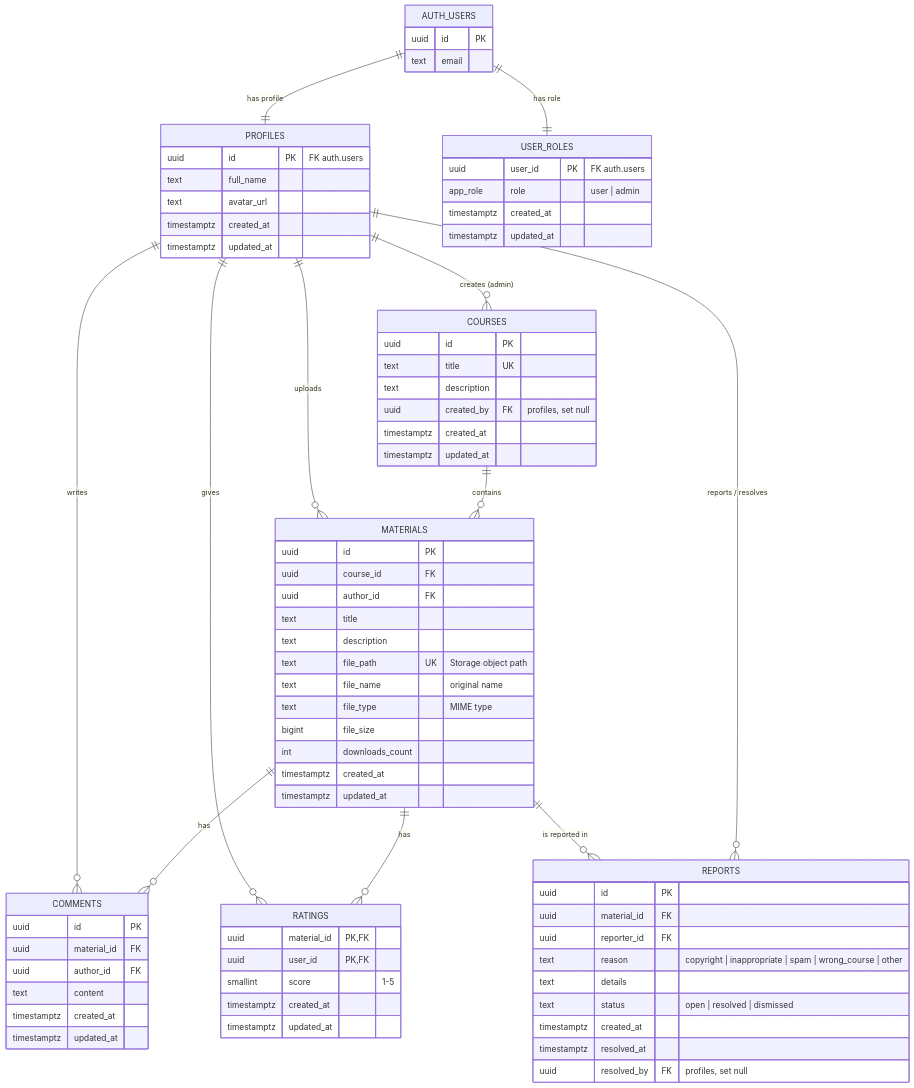
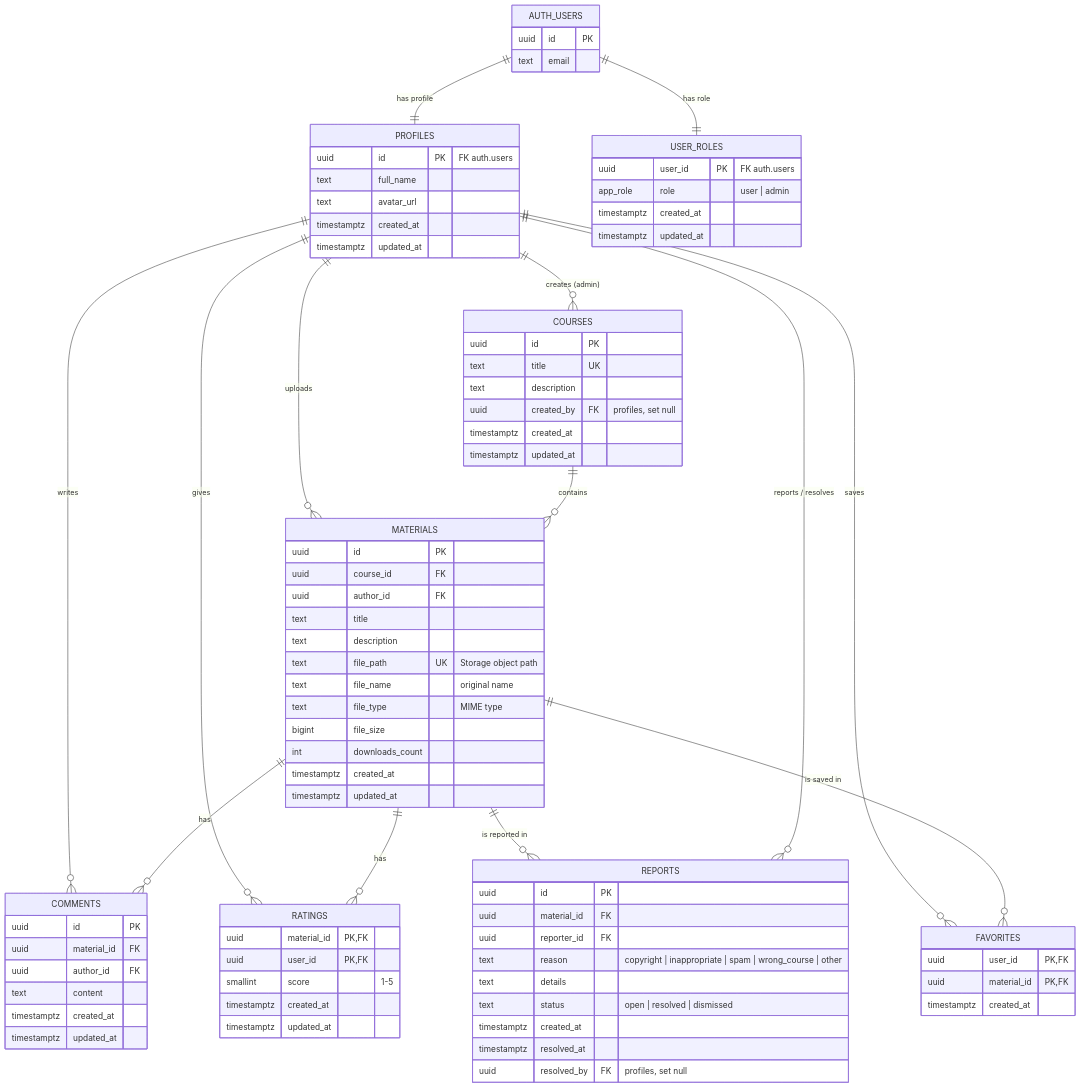
The diagram in README.md (plam13/studyshare), drawn with Mermaid before and after one commit. The commit also changed other lines of this file, not shown here.

Commit message:
docs(readme): own Supabase backend setup, search, favorites and open-reports notes

````diff
--- a/README.md
+++ b/README.md
@@ -113,6 +143,8 @@
     MATERIALS ||--o{ RATINGS : has
     MATERIALS ||--o{ REPORTS : "is reported in"
     PROFILES ||--o{ REPORTS : "reports / resolves"
+    PROFILES ||--o{ FAVORITES : saves
+    MATERIALS ||--o{ FAVORITES : "is saved in"
 
     AUTH_USERS {
         uuid id PK
@@ -179,4 +211,9 @@
         timestamptz resolved_at
         uuid resolved_by FK "profiles, set null"
     }
+    FAVORITES {
+        uuid user_id PK, FK
+        uuid material_id PK, FK
+        timestamptz created_at
+    }
 ```
````
